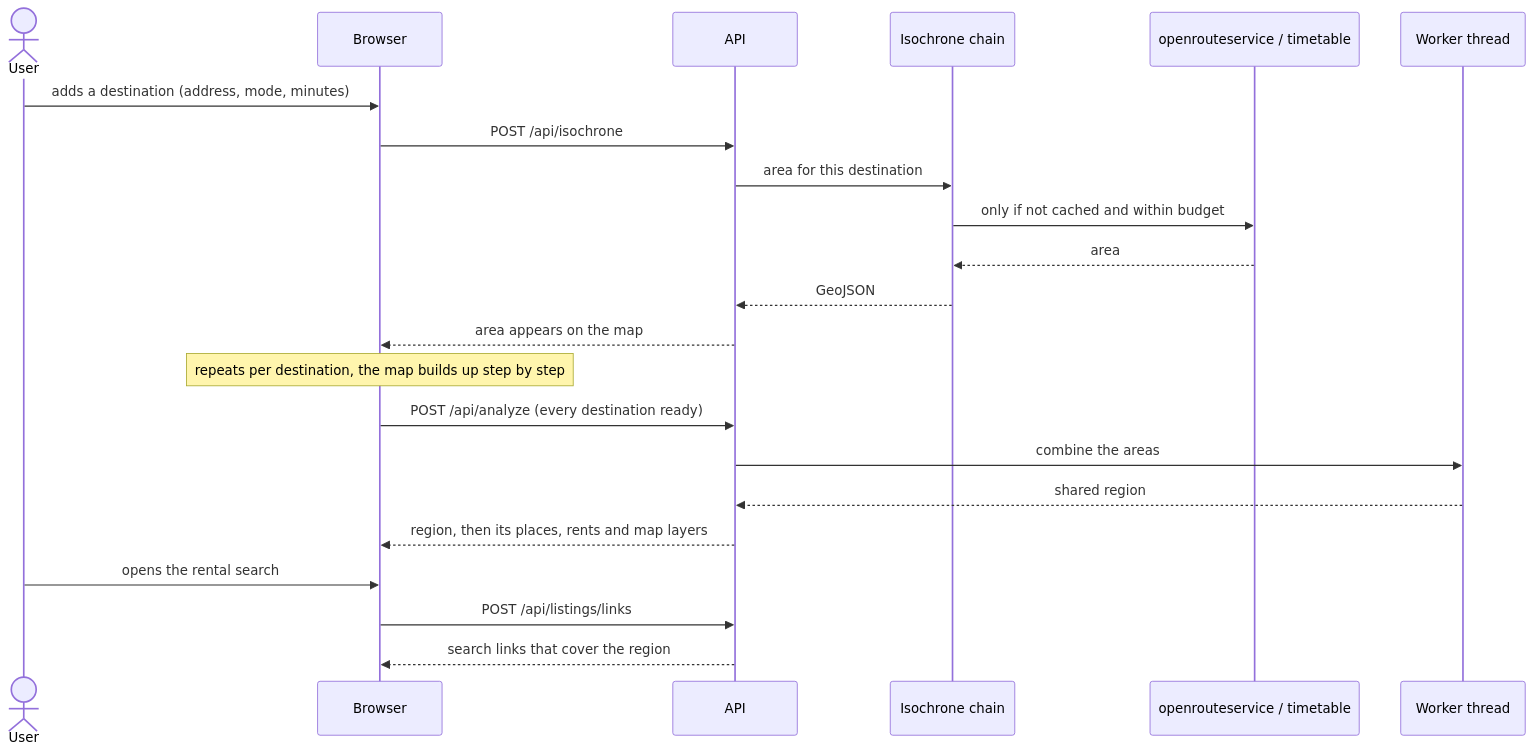
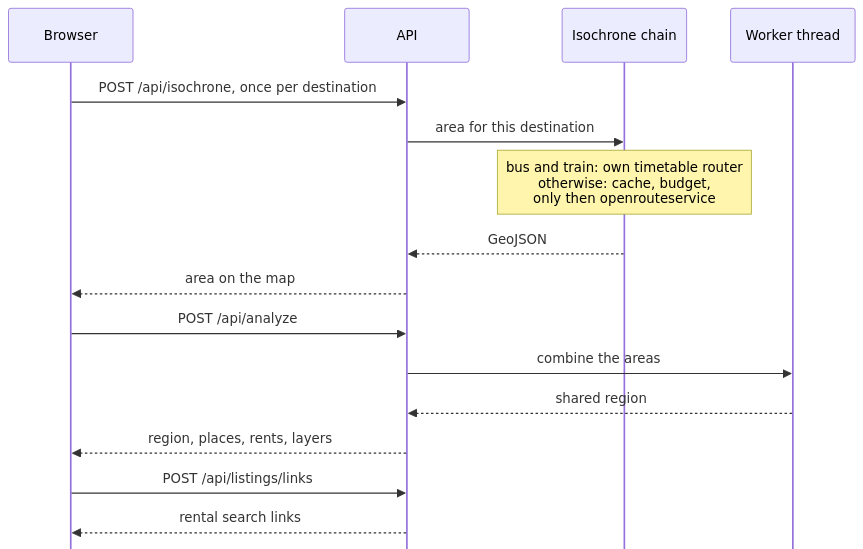
The third of 3 diagrams in README.md (loukra/wherewestay-showcase), drawn with Mermaid before and after one commit.

Commit message:
Slimmer request diagram: four participants, no mirrored footer

````diff
--- a/README.md
+++ b/README.md
@@ -86,25 +86,20 @@
 ```mermaid
+%%{init: {'sequence': {'mirrorActors': false}}}%%
 sequenceDiagram
-    actor User
     participant UI as Browser
-    participant API as API
+    participant API
     participant Chain as Isochrone chain
-    participant Ext as openrouteservice / timetable
     participant Worker as Worker thread
 
-    User->>UI: adds a destination (address, mode, minutes)
-    UI->>API: POST /api/isochrone
+    UI->>API: POST /api/isochrone, once per destination
     API->>Chain: area for this destination
-    Chain->>Ext: only if not cached and within budget
-    Ext-->>Chain: area
+    Note over Chain: bus and train: own timetable router<br/>otherwise: cache, budget,<br/>only then openrouteservice
     Chain-->>API: GeoJSON
-    API-->>UI: area appears on the map
-    Note over UI: repeats per destination, the map builds up step by step
-    UI->>API: POST /api/analyze (every destination ready)
+    API-->>UI: area on the map
+    UI->>API: POST /api/analyze
     API->>Worker: combine the areas
     Worker-->>API: shared region
-    API-->>UI: region, then its places, rents and map layers
-    User->>UI: opens the rental search
+    API-->>UI: region, places, rents, layers
     UI->>API: POST /api/listings/links
-    API-->>UI: search links that cover the region
+    API-->>UI: rental search links
 ```
````
